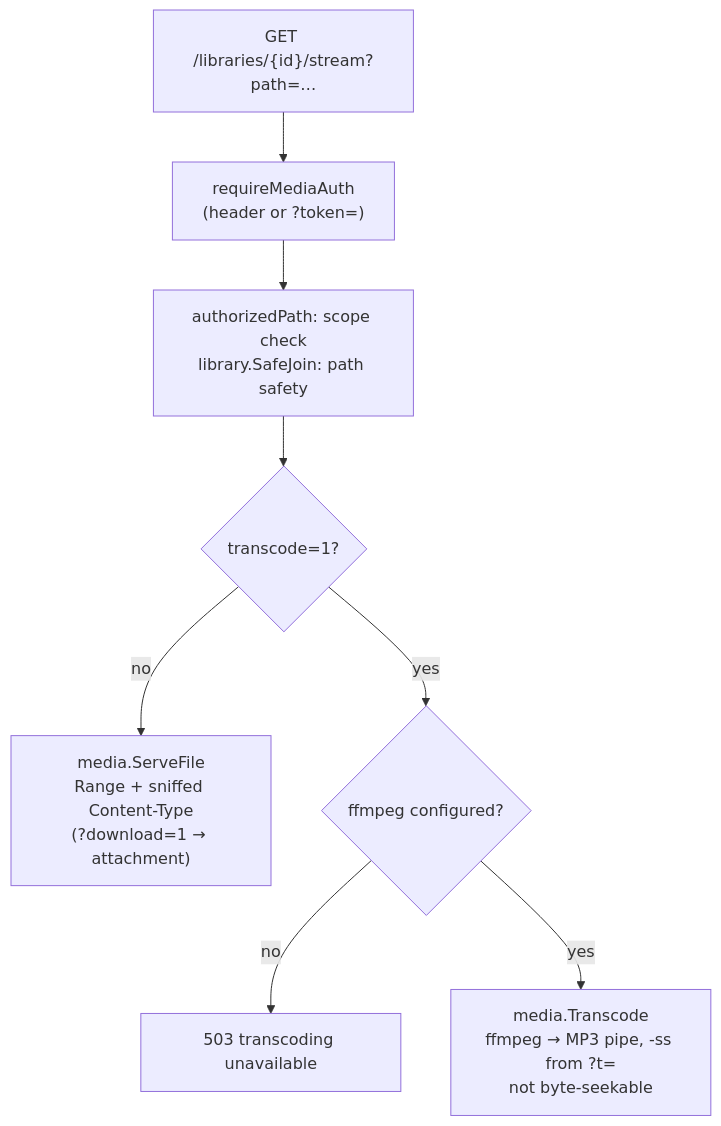
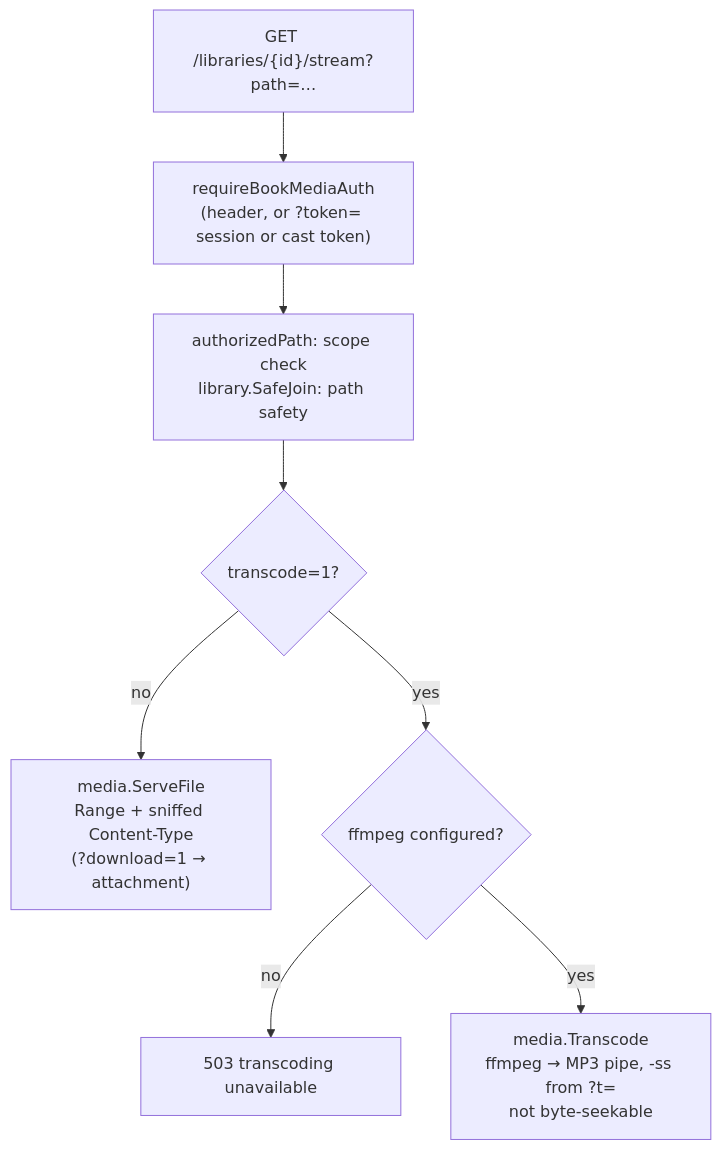
The diagram in docs-developers/server/media.md (KodeStar/audiosilo-docs), drawn with Mermaid before and after one commit. The commit also changed other lines of this file and 39 other files, not shown here.

````diff
--- a/docs-developers/server/media.md
+++ b/docs-developers/server/media.md
@@ -338,10 +339,10 @@
 ```mermaid
 flowchart TD
-    A["GET /libraries/{id}/stream?path=…"] --> B["requireMediaAuth<br/>(header or ?token=)"]
+    A["GET /libraries/{id}/stream?path=…"] --> B["requireBookMediaAuth<br/>(header, or ?token= session or cast token)"]
     B --> C["authorizedPath: scope check<br/>library.SafeJoin: path safety"]
     C --> D{"transcode=1?"}
     D -- "no" --> E["media.ServeFile<br/>Range + sniffed Content-Type<br/>(?download=1 → attachment)"]
     D -- "yes" --> F{"ffmpeg configured?"}
     F -- "no" --> G["503 transcoding unavailable"]
     F -- "yes" --> H["media.Transcode<br/>ffmpeg → MP3 pipe, -ss from ?t=<br/>not byte-seekable"]
 ```
````
